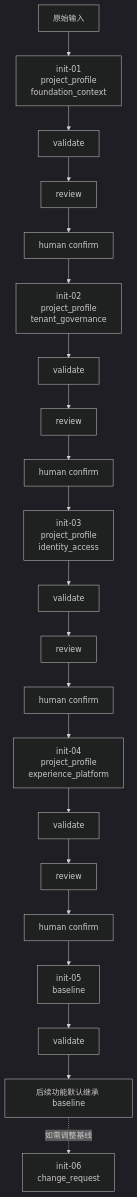
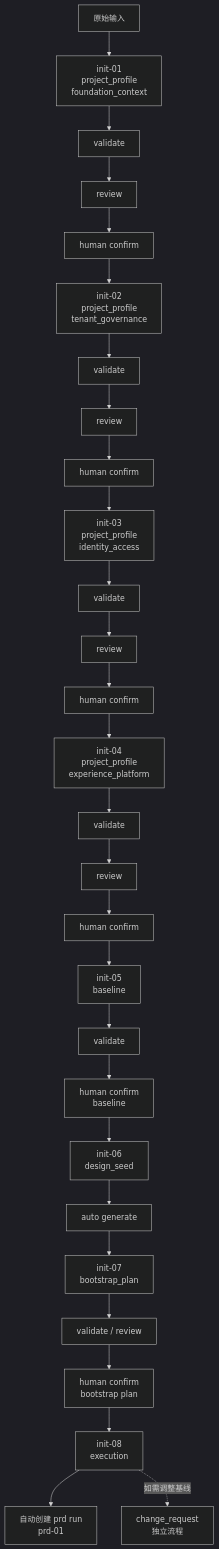
One commit to Jancy0713/archetype-admin-path changed the first of 2 diagrams in docs/WORKFLOW_FLOW_OVERVIEW.md. Above: the diagram before and after it, drawn with Mermaid (dark theme). The commit also changed 88 other files, not shown here.

````diff
--- a/docs/WORKFLOW_FLOW_OVERVIEW.md
+++ b/docs/WORKFLOW_FLOW_OVERVIEW.md
@@ -11,23 +11,30 @@
 ```mermaid
 flowchart TD
     A["原始输入"] --> I01["init-01<br/>project_profile<br/>foundation_context"]
     I01 --> I01V["validate"]
     I01V --> I01R["review"]
     I01R --> I01H["human confirm"]
     I01H --> I02["init-02<br/>project_profile<br/>tenant_governance"]
     I02 --> I02V["validate"]
     I02V --> I02R["review"]
     I02R --> I02H["human confirm"]
     I02H --> I03["init-03<br/>project_profile<br/>identity_access"]
     I03 --> I03V["validate"]
     I03V --> I03R["review"]
     I03R --> I03H["human confirm"]
     I03H --> I04["init-04<br/>project_profile<br/>experience_platform"]
     I04 --> I04V["validate"]
     I04V --> I04R["review"]
     I04R --> I04H["human confirm"]
     I04H --> I05["init-05<br/>baseline"]
     I05 --> I05V["validate"]
-    I05V --> I06["后续功能默认继承 baseline"]
-    I06 -. "如需调整基线" .-> I07["init-06<br/>change_request"]
+    I05V --> I05H["human confirm<br/>baseline"]
+    I05H --> I06["init-06<br/>design_seed"]
+    I06 --> I06V["auto generate"]
+    I06V --> I07["init-07<br/>bootstrap_plan"]
+    I07 --> I07V["validate / review"]
+    I07V --> I07H["human confirm<br/>bootstrap plan"]
+    I07H --> I08["init-08<br/>execution"]
+    I08 --> P01["自动创建 prd run<br/>prd-01"]
+    I08 -. "如需调整基线" .-> C1["change_request<br/>独立流程"]
 ```
````
